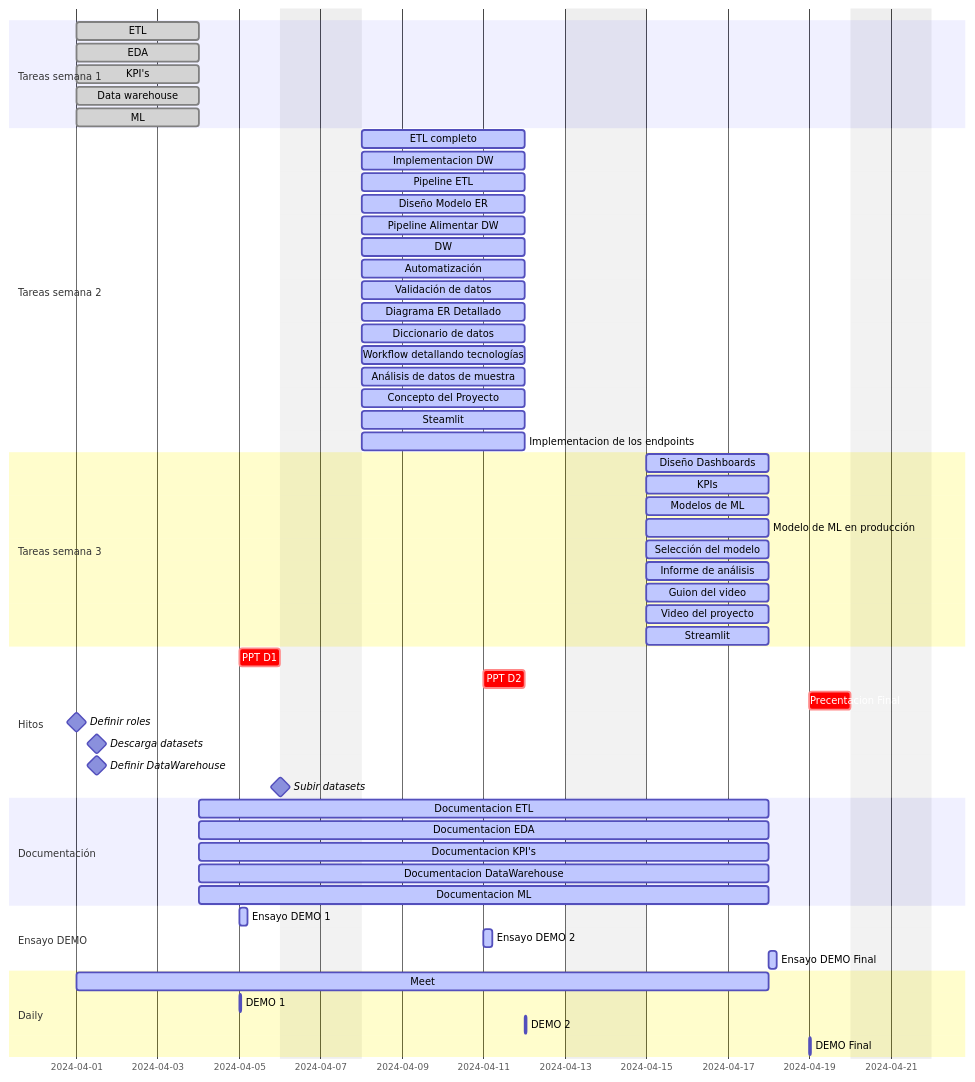
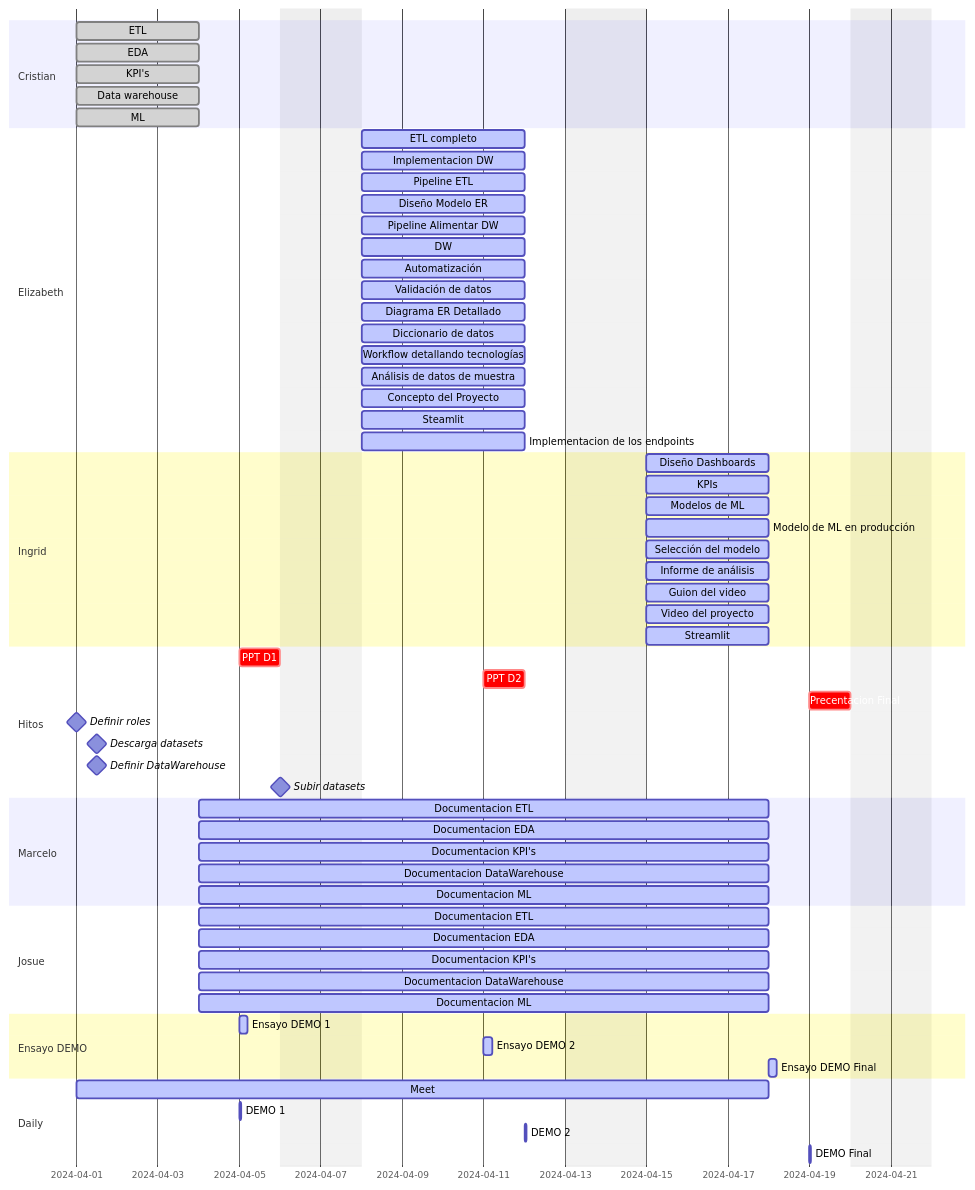
One commit to marceloyuba/SDT changed the diagram in Documentacion/Gantt.md. Above: the diagram before and after it, drawn with Mermaid.

````diff
--- a/Documentacion/Gantt.md
+++ b/Documentacion/Gantt.md
@@ -2,70 +2,77 @@
 ```mermaid
 gantt
    
     dateFormat  YYYY-MM-DD
     excludes     saturday sunday
     %% (`excludes` accepts specific dates in YYYY-MM-DD format, days of the week ("sunday") or "weekends", but not the word "weekdays".)
 
-    section Tareas semana 1
+    section Cristian
     ETL                       :done,    des1, 2024-04-01, 3d
     EDA                       :done,  des2, 2024-04-01, 3d
     KPI's                     :done,   des3,  2024-04-01, 3d
     Data warehouse            :done,   des4, 2024-04-01, 3d
     ML                        :done, des5, 2024-04-01, 3d               
 
-    section Tareas semana 2            
+    section Elizabeth            
     ETL completo               :active,    des6, 2024-04-08, 4d
     Implementacion DW         :active,    des7, 2024-04-08, 4d
     Pipeline ETL               :active,    des8, 2024-04-08, 4d
     Diseño Modelo ER           :active,    des8, 2024-04-08, 4d 
     Pipeline Alimentar DW       :active,    des9, 2024-04-08, 4d
     DW                          :active,    des10, 2024-04-08, 4d
     Automatización             :active,    des11, 2024-04-08, 4d
     Validación de datos         :active,    des12, 2024-04-08, 4d
     Diagrama ER Detallado       :active,    des13, 2024-04-08, 4d
     Diccionario de datos        :active,    des14, 2024-04-08, 4d
     Workflow detallando tecnologías :active,    des15, 2024-04-08, 4d
     Análisis de datos de muestra   :active,    des16, 2024-04-08, 4d
     Concepto del Proyecto         :active,    des17, 2024-04-08, 4d
     Steamlit                     :active,    des18, 2024-04-08, 4d
     Implementacion de los endpoints     :active,    des19, 2024-04-08, 4d
 
-    section Tareas semana 3           
+    section Ingrid          
     Diseño Dashboards              :active,    des20, 2024-04-15, 3d
     KPIs                           :active,    des21, 2024-04-15, 3d
     Modelos de ML                   :active,    des22, 2024-04-15, 3d
     Modelo de ML en producción      :active,    des23, 2024-04-15, 3d
     Selección del modelo         :active,    des24, 2024-04-15, 3d
     Informe de análisis               :active,    des25, 2024-04-15, 3d
     Guion del video                  :active,    des26, 2024-04-15, 3d
     Video del proyecto              :active,    des27, 2024-04-15, 3d
     Streamlit                       :active, des28, 2024-04-15, 3d
 
     section Hitos
     PPT D1                              :crit,  2024-04-05,24h
     PPT D2                              :crit,  2024-04-11,24h
     Precentacion Final                          :crit,  2024-04-19,24h
     Definir roles                       :milestone, isadded, 2024-04-01, 0d
     Descarga datasets                   :milestone, isadded, 2024-04-01, 24h
     Definir DataWarehouse               :milestone,isadded, 2024-04-01, 24h
     Subir datasets                      :milestone,isadded 2024-04-04, 2d
 
-    section Documentación
+    section Marcelo
     Documentacion ETL               :active, a1, after des1, 10d
     Documentacion EDA              :active, a1, after des1, 10d
     Documentacion KPI's              :active, a1, after des1, 10d
     Documentacion DataWarehouse       :active, a1, after des1, 10d
     Documentacion ML                   :active, a1, after des1, 10d
-    
+
+   section Josue
+    Documentacion ETL               :active, a1, after des1, 10d
+    Documentacion EDA              :active, a1, after des1, 10d
+    Documentacion KPI's              :active, a1, after des1, 10d
+    Documentacion DataWarehouse       :active, a1, after des1, 10d
+    Documentacion ML                   :active, a1, after des1, 10d
+
     section Ensayo DEMO
     Ensayo DEMO 1                       :active, 2024-04-05, 5h
     Ensayo DEMO 2                       :active, 2024-04-11, 5h
     Ensayo DEMO Final                  :active, 2024-04-18, 5h
 
     section Daily
     Meet                               :active,a2, 2024-04-01, 2024-04-18
     DEMO 1                             :active, 2024-04-05, 1h
     DEMO 2                             :active, 2024-04-12, 1h
     DEMO Final                             :active, 2024-04-19, 1h
    
 ```
````
